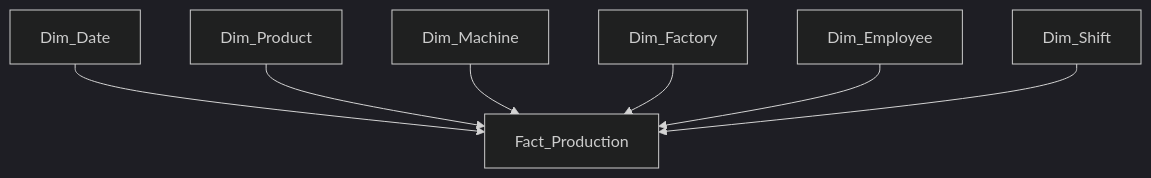
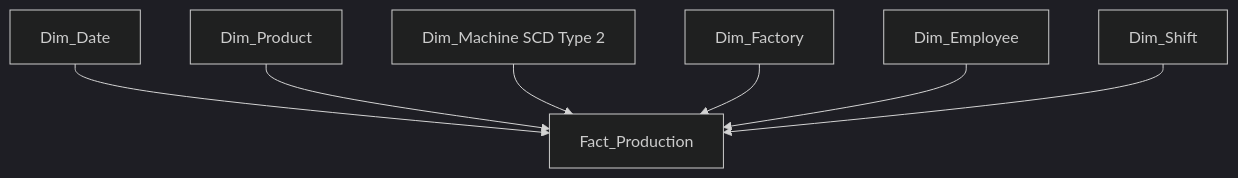
One commit to akindaG/Enterprise-Manufacturing-Data-Warehouse changed the third of 5 diagrams in README.md. Above: the diagram before and after it, drawn with Mermaid (dark theme). The commit also changed other lines of this file and 28 other files, not shown here.

````diff
--- a/README.md
+++ b/README.md
@@ -115,17 +138,9 @@
 ```mermaid
 flowchart TB
-    F[Fact_Production]
-    D1[Dim_Date]
-    D2[Dim_Product]
-    D3[Dim_Machine]
-    D4[Dim_Factory]
-    D5[Dim_Employee]
-    D6[Dim_Shift]
-
-    D1 --> F
-    D2 --> F
-    D3 --> F
-    D4 --> F
-    D5 --> F
-    D6 --> F
+    D1[Dim_Date] --> F[Fact_Production]
+    D2[Dim_Product] --> F
+    D3[Dim_Machine SCD Type 2] --> F
+    D4[Dim_Factory] --> F
+    D5[Dim_Employee] --> F
+    D6[Dim_Shift] --> F
 ```
````
